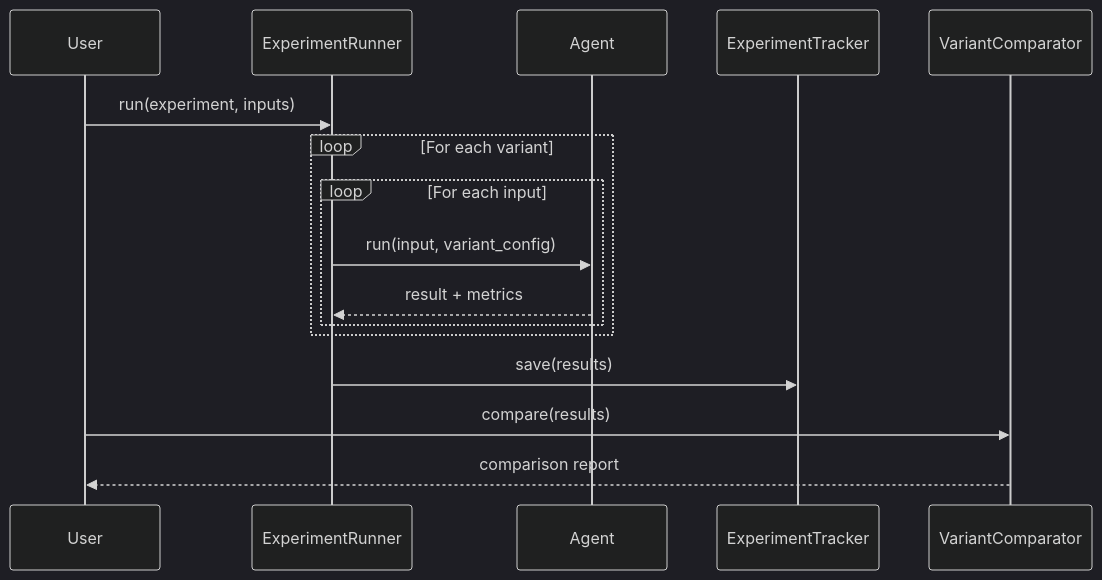
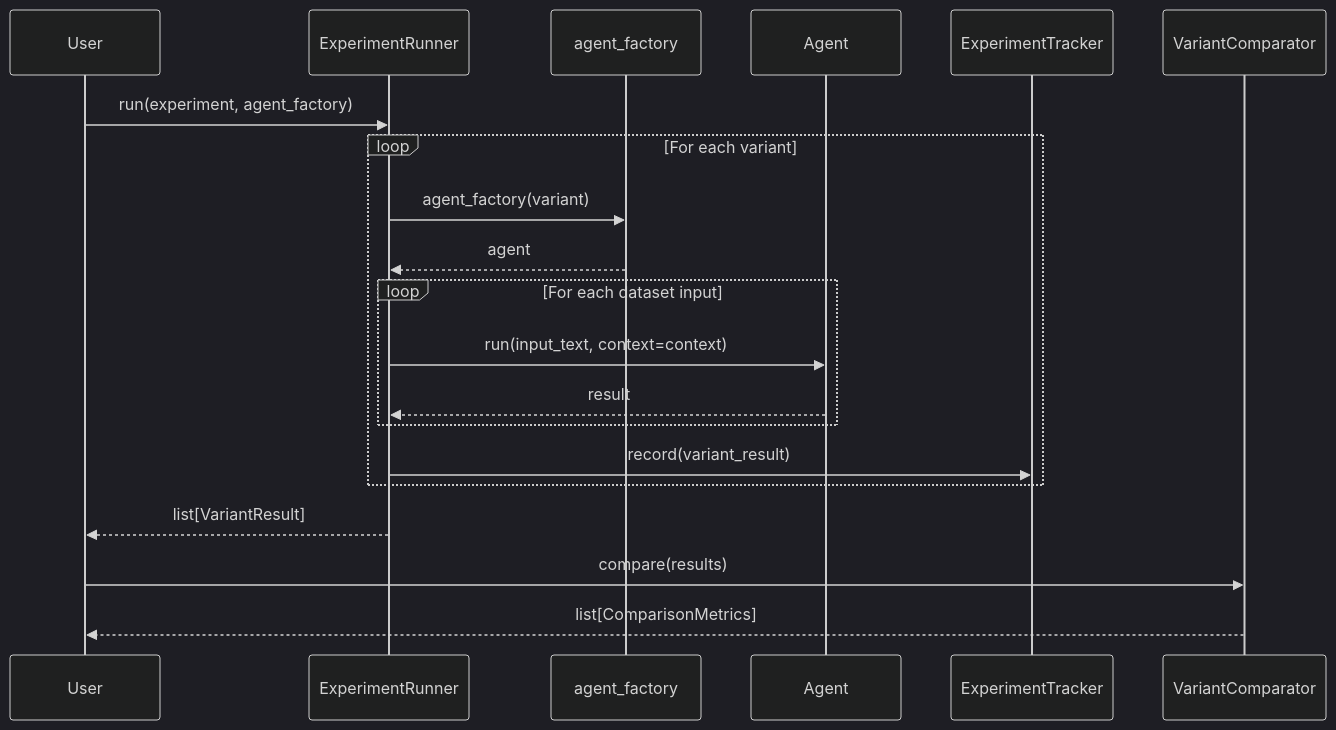
The second of 2 diagrams in docs/experiments.md (fireflyframework/fireflyframework-agentic), drawn with Mermaid (dark theme) before and after one commit. The commit also changed other lines of this file and 20 other files, not shown here.

````diff
--- a/docs/experiments.md
+++ b/docs/experiments.md
@@ -101,19 +170,23 @@
 ```mermaid
 sequenceDiagram
     participant User
     participant Runner as ExperimentRunner
+    participant Factory as agent_factory
     participant Agent
     participant Tracker as ExperimentTracker
     participant Comparator as VariantComparator
 
-    User->>Runner: run(experiment, inputs)
+    User->>Runner: run(experiment, agent_factory)
     loop For each variant
-        loop For each input
-            Runner->>Agent: run(input, variant_config)
-            Agent-->>Runner: result + metrics
+        Runner->>Factory: agent_factory(variant)
+        Factory-->>Runner: agent
+        loop For each dataset input
+            Runner->>Agent: run(input_text, context=context)
+            Agent-->>Runner: result
         end
+        Runner->>Tracker: record(variant_result)
     end
-    Runner->>Tracker: save(results)
+    Runner-->>User: list[VariantResult]
     User->>Comparator: compare(results)
-    Comparator-->>User: comparison report
+    Comparator-->>User: list[ComparisonMetrics]
 ```
````
